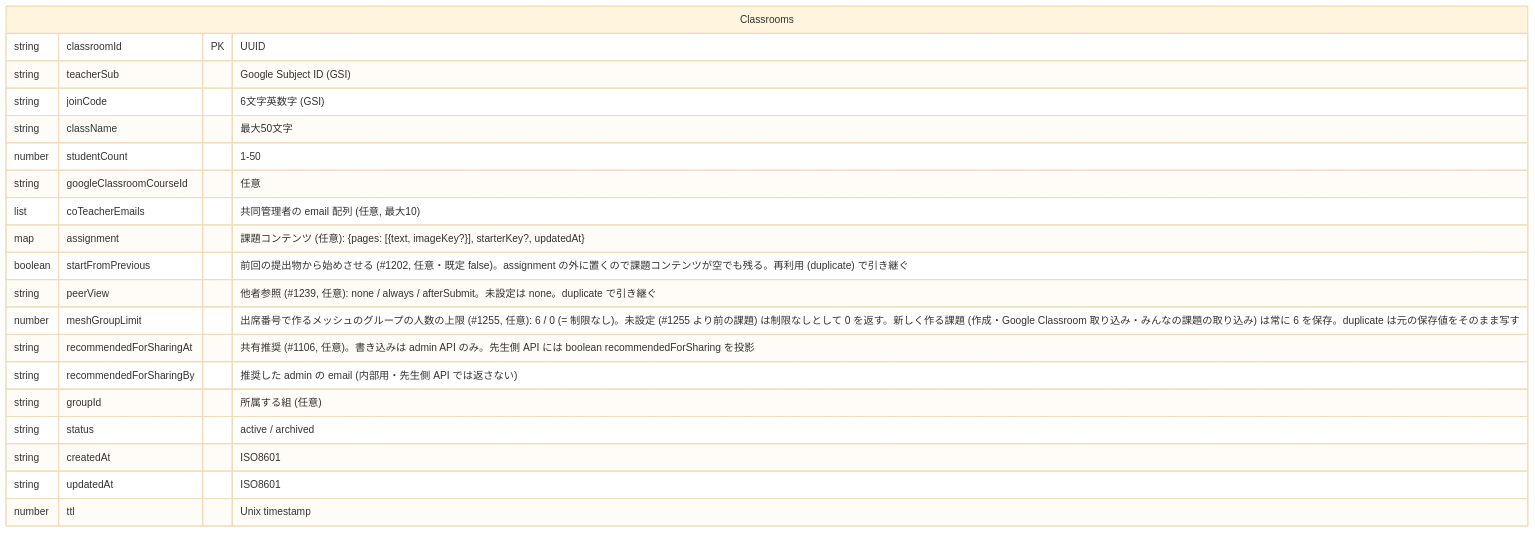
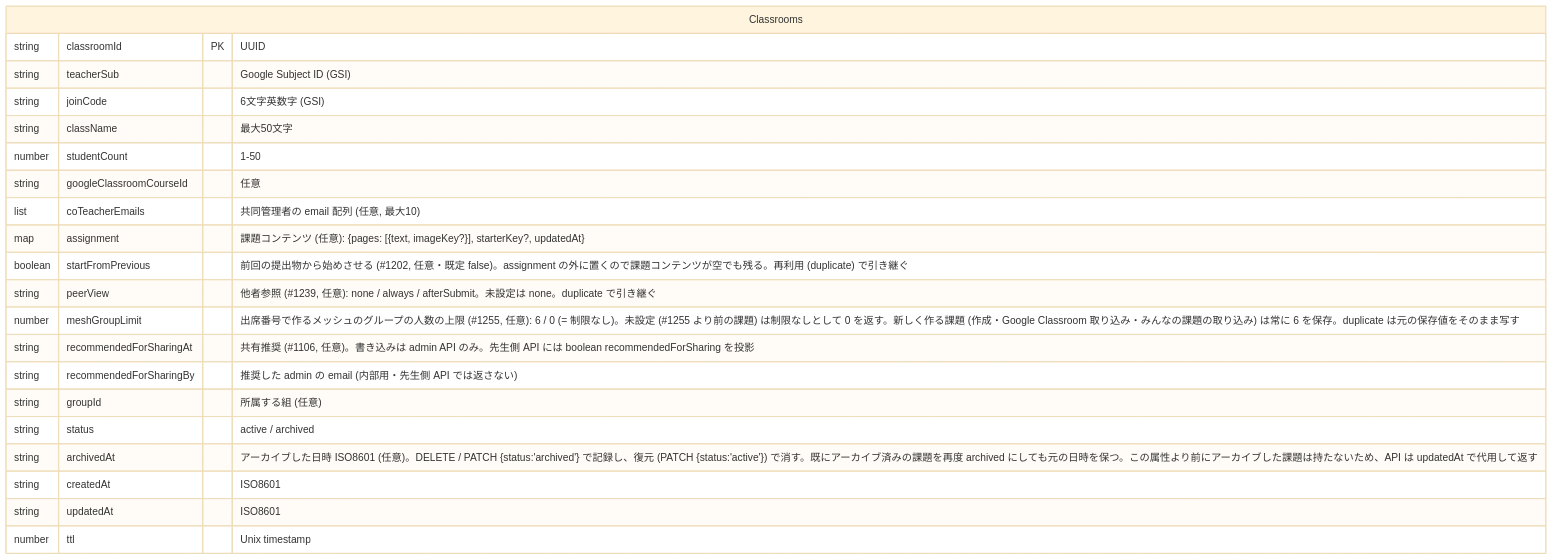
Before and after one commit to smalruby/smalruby3-editor: the third of 8 diagrams in docs/classroom/architecture.md, drawn with Mermaid (base theme). The commit also changed other lines of this file and 2 other files, not shown here.

First line of the commit message:
feat(classroom-infra): record archivedAt when an assignment is archived

````diff
--- a/docs/classroom/architecture.md
+++ b/docs/classroom/architecture.md
@@ -322,23 +322,24 @@
 ```mermaid
 erDiagram
     Classrooms {
         string classroomId PK "UUID"
         string teacherSub "Google Subject ID (GSI)"
         string joinCode "6文字英数字 (GSI)"
         string className "最大50文字"
         number studentCount "1-50"
         string googleClassroomCourseId "任意"
         list coTeacherEmails "共同管理者の email 配列 (任意, 最大10)"
         map assignment "課題コンテンツ (任意): {pages: [{text, imageKey?}], starterKey?, updatedAt}"
         boolean startFromPrevious "前回の提出物から始めさせる (#1202, 任意・既定 false)。assignment の外に置くので課題コンテンツが空でも残る。再利用 (duplicate) で引き継ぐ"
         string peerView "他者参照 (#1239, 任意): none / always / afterSubmit。未設定は none。duplicate で引き継ぐ"
         number meshGroupLimit "出席番号で作るメッシュのグループの人数の上限 (#1255, 任意): 6 / 0 (= 制限なし)。未設定 (#1255 より前の課題) は制限なしとして 0 を返す。新しく作る課題 (作成・Google Classroom 取り込み・みんなの課題の取り込み) は常に 6 を保存。duplicate は元の保存値をそのまま写す"
         string recommendedForSharingAt "共有推奨 (#1106, 任意)。書き込みは admin API のみ。先生側 API には boolean recommendedForSharing を投影"
         string recommendedForSharingBy "推奨した admin の email (内部用・先生側 API では返さない)"
         string groupId "所属する組 (任意)"
         string status "active / archived"
+        string archivedAt "アーカイブした日時 ISO8601 (任意)。DELETE / PATCH {status:'archived'} で記録し、復元 (PATCH {status:'active'}) で消す。既にアーカイブ済みの課題を再度 archived にしても元の日時を保つ。この属性より前にアーカイブした課題は持たないため、API は updatedAt で代用して返す"
         string createdAt "ISO8601"
         string updatedAt "ISO8601"
         number ttl "Unix timestamp"
     }
 ```
````
